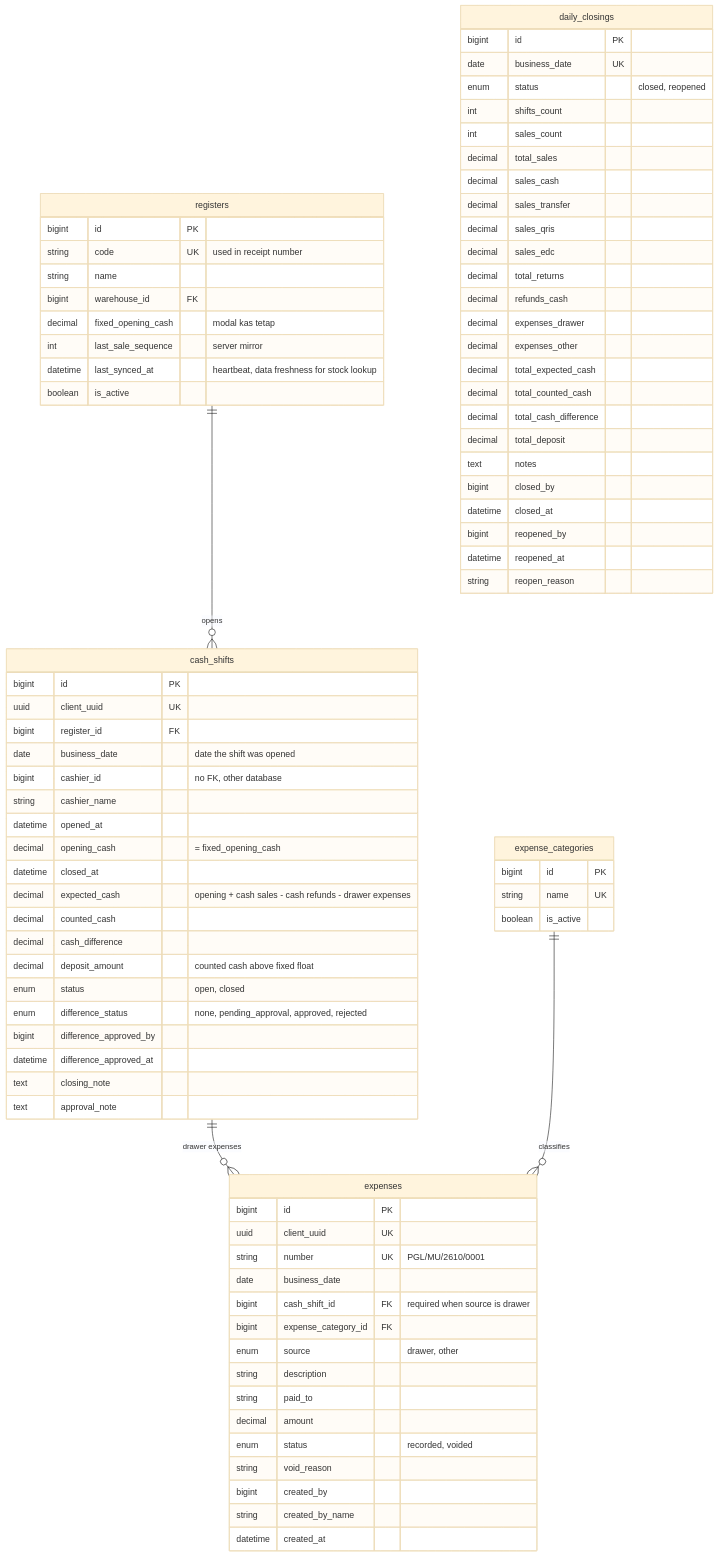
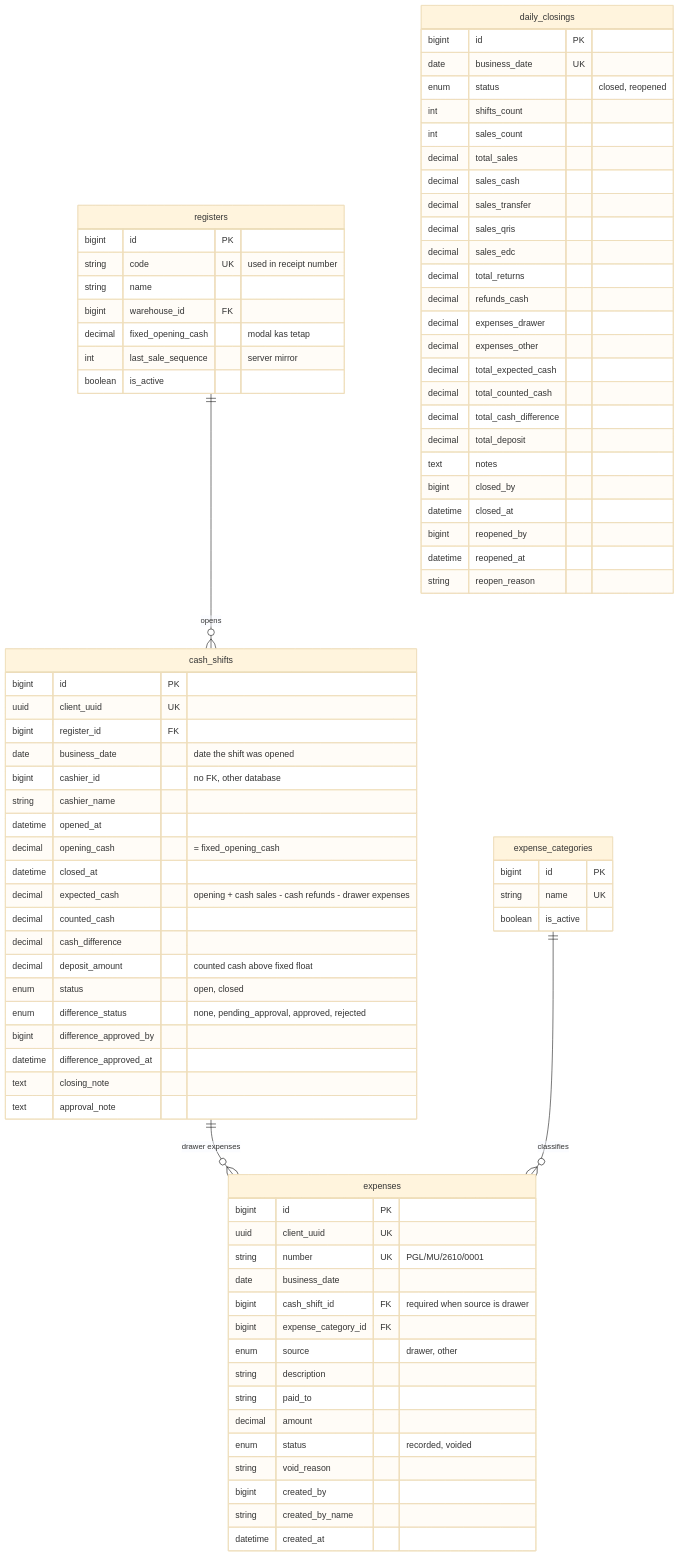
Diagram 29 of 30 in docs/analisis-sistem.md (aliefpraditya/store-management), drawn with Mermaid (base theme) before and after one commit. The commit also changed other lines of this file and 13 other files, not shown here.

First line of the commit message:
Redesign wireframe and diagrams for R1, split R2, add PDFs

```diff
--- a/docs/analisis-sistem.md
+++ b/docs/analisis-sistem.md
@@ -1491,7 +1495,6 @@
         bigint warehouse_id FK
         decimal fixed_opening_cash "modal kas tetap"
         int last_sale_sequence "server mirror"
-        datetime last_synced_at "heartbeat, data freshness for stock lookup"
         boolean is_active
     }
     cash_shifts {
```
